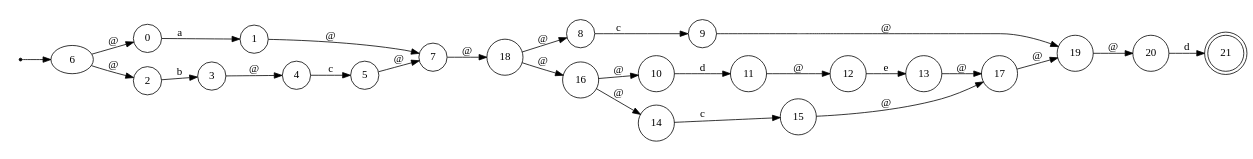
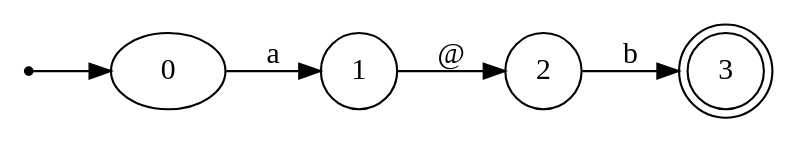
The diagram in View/fsm.gv (FabianPalacios/Automatas), drawn with Graphviz before and after one commit. The commit also changed 8 other files, not shown here.

```diff
--- a/View/fsm.gv
+++ b/View/fsm.gv
@@ -1,32 +1,11 @@
 digraph finite_state_machine {
 	rankdir=LR size="8,5"
 	ini [shape=point]
-	ini -> 6
+	ini -> 0
 	node [shape=doublecircle]
-	21
+	3
 	node [shape=circle]
 	0 -> 1 [label=a]
 	2 -> 3 [label=b]
-	4 -> 5 [label=c]
-	3 -> 4 [label="@"]
-	6 -> 2 [label="@"]
-	6 -> 0 [label="@"]
-	5 -> 7 [label="@"]
-	1 -> 7 [label="@"]
-	8 -> 9 [label=c]
-	10 -> 11 [label=d]
-	12 -> 13 [label=e]
-	11 -> 12 [label="@"]
-	14 -> 15 [label=c]
-	16 -> 14 [label="@"]
-	16 -> 10 [label="@"]
-	15 -> 17 [label="@"]
-	13 -> 17 [label="@"]
-	18 -> 16 [label="@"]
-	18 -> 8 [label="@"]
-	17 -> 19 [label="@"]
-	9 -> 19 [label="@"]
-	20 -> 21 [label=d]
-	19 -> 20 [label="@"]
-	7 -> 18 [label="@"]
+	1 -> 2 [label="@"]
 }
```
